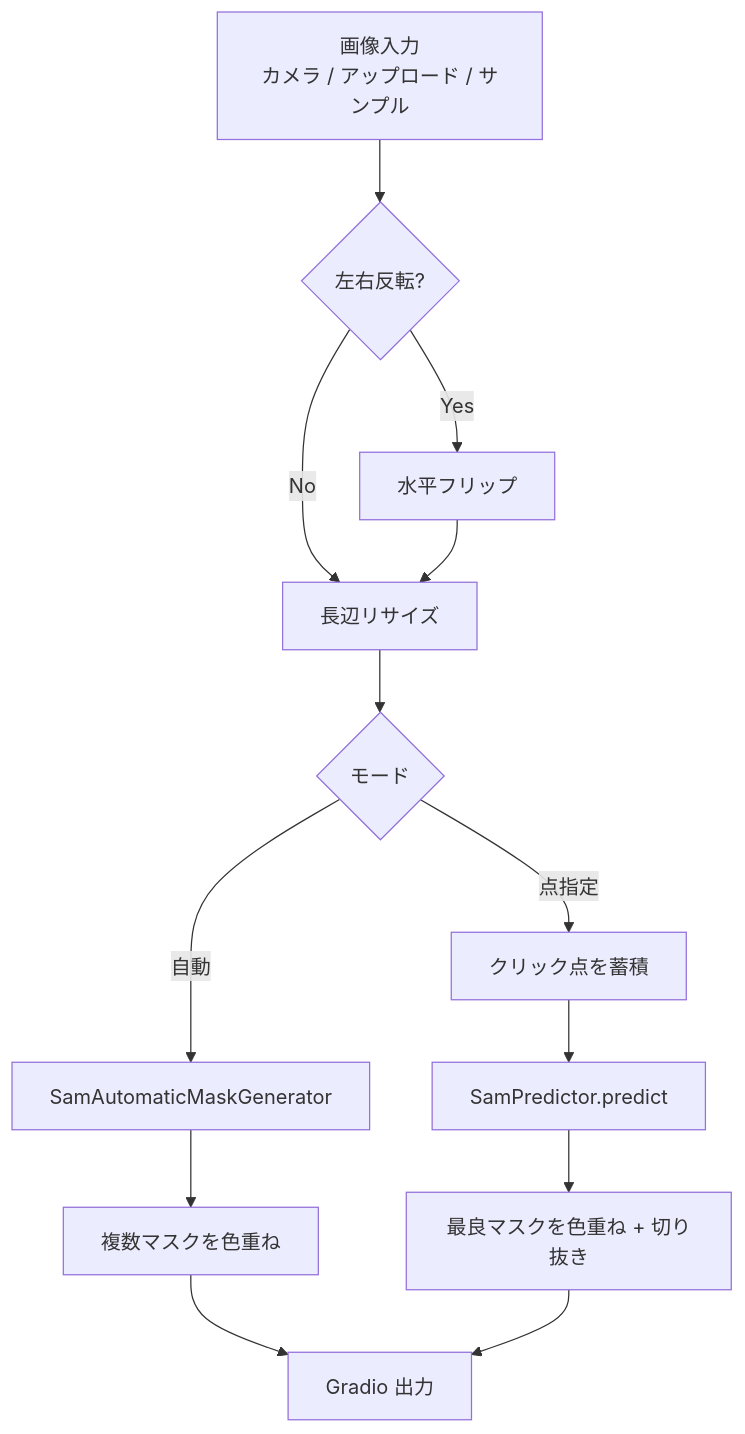
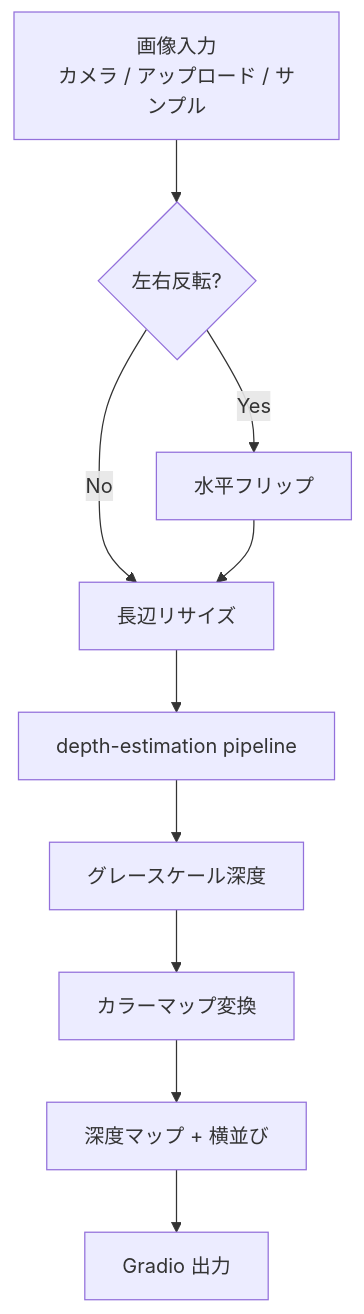
The first of 2 diagrams in document.md (yryo1005/OpenCampus_Demo), drawn with Mermaid before and after one commit. The commit also changed other lines of this file and 3 other files, not shown here.

````diff
--- a/document.md
+++ b/document.md
@@ -32,15 +32,12 @@
 ```mermaid
 flowchart TD
     A[画像入力<br/>カメラ / アップロード / サンプル] --> B{左右反転?}
     B -->|Yes| C[水平フリップ]
     B -->|No| D[長辺リサイズ]
     C --> D
-    D --> E{モード}
-    E -->|自動| F[SamAutomaticMaskGenerator]
-    E -->|点指定| G[クリック点を蓄積]
-    G --> H[SamPredictor.predict]
-    F --> I[複数マスクを色重ね]
-    H --> J[最良マスクを色重ね + 切り抜き]
-    I --> K[Gradio 出力]
-    J --> K
+    D --> E[depth-estimation pipeline]
+    E --> F[グレースケール深度]
+    F --> G[カラーマップ変換]
+    G --> H[深度マップ + 横並び]
+    H --> I[Gradio 出力]
 ```
````
